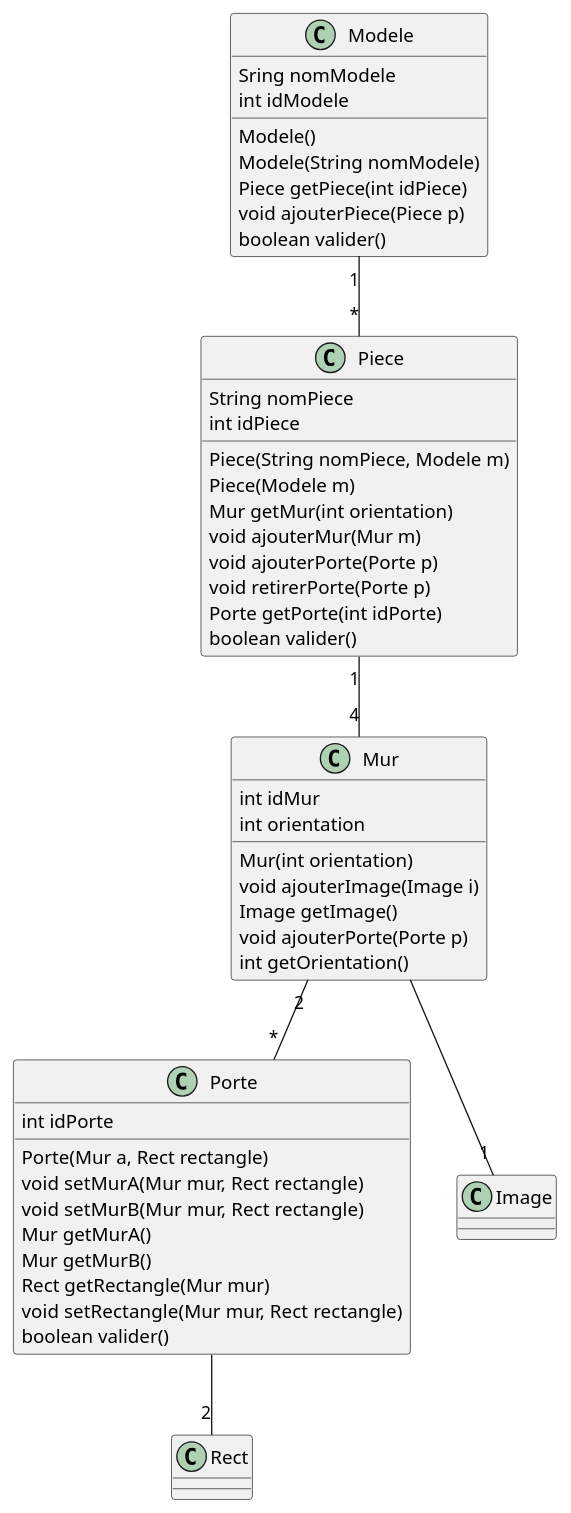
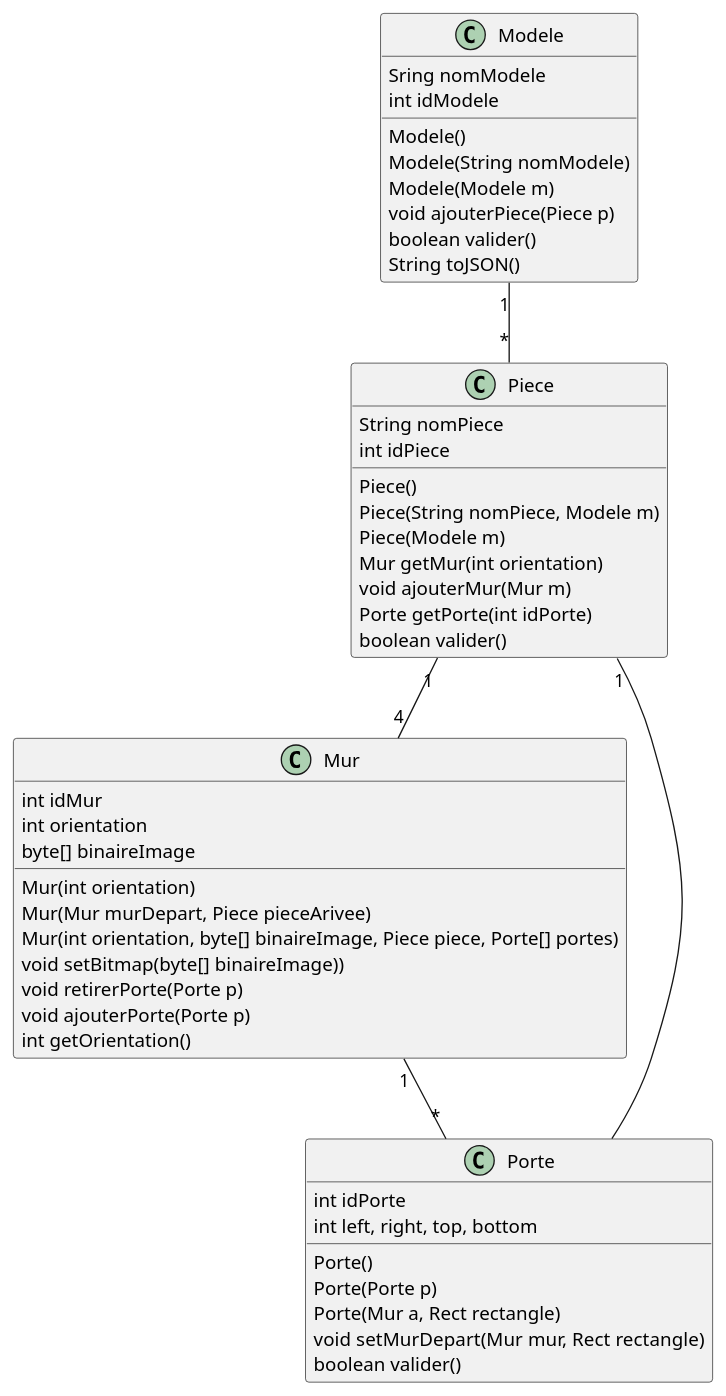
Before and after one commit to Synnly/projet-dev-mobiles: the diagram in Documents/DiagrammeClasses.wsd, drawn with PlantUML. The commit also changed 4 other files, not shown here.

```diff
--- a/Documents/DiagrammeClasses.wsd
+++ b/Documents/DiagrammeClasses.wsd
@@ -1,53 +1,54 @@
 @startuml
 
 class Modele{
     Sring nomModele
     int idModele
     Modele()
     Modele(String nomModele)
-    Piece getPiece(int idPiece)
+    Modele(Modele m)
     void ajouterPiece(Piece p)
     boolean valider()
+    String toJSON()
 }
 
 class Piece{
     String nomPiece
     int idPiece
+    Piece()
     Piece(String nomPiece, Modele m)
     Piece(Modele m)
     Mur getMur(int orientation)
     void ajouterMur(Mur m)
-    void ajouterPorte(Porte p)
-    void retirerPorte(Porte p)
     Porte getPorte(int idPorte)
     boolean valider()
 }
 
 class Mur{
     int idMur
     int orientation
+    byte[] binaireImage
     Mur(int orientation)
-    void ajouterImage(Image i)
-    Image getImage()
+    Mur(Mur murDepart, Piece pieceArivee)
+    Mur(int orientation, byte[] binaireImage, Piece piece, Porte[] portes)
+    void setBitmap(byte[] binaireImage))
+    void retirerPorte(Porte p)
     void ajouterPorte(Porte p)
     int getOrientation()
 
 }
 
 class Porte{
     int idPorte
+    int left, right, top, bottom
+    Porte()
+    Porte(Porte p)
     Porte(Mur a, Rect rectangle)
-    void setMurA(Mur mur, Rect rectangle)
-    void setMurB(Mur mur, Rect rectangle)
-    Mur getMurA()
-    Mur getMurB()
-    Rect getRectangle(Mur mur)
-    void setRectangle(Mur mur, Rect rectangle)
+    void setMurDepart(Mur mur, Rect rectangle)
     boolean valider()
 }
+
 Modele "1"--"*" Piece
 Piece "1"--"4" Mur
-Mur "2"--"*" Porte
-Mur --"1" Image
-Porte --"2" Rect
+Mur "1"--"*" Porte
+Porte --"1" Piece
 @enduml
```
